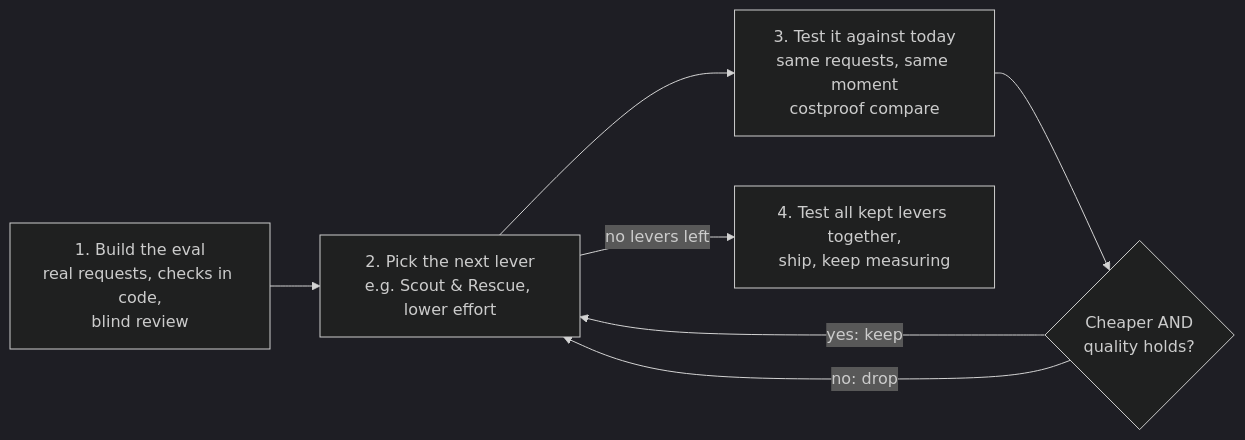
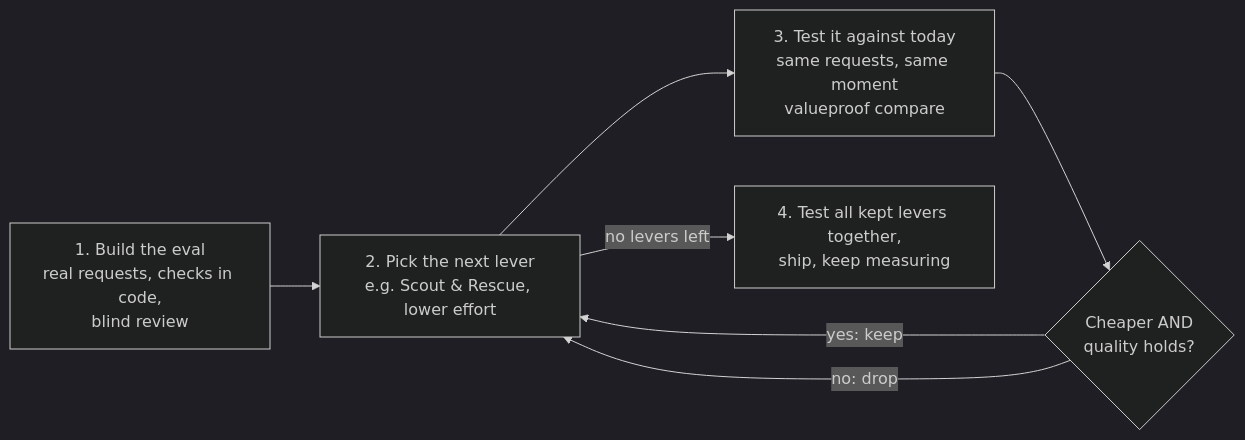
One commit to AndyJakob78/valueproof changed the second of 2 diagrams in README.md. Above: the diagram before and after it, drawn with Mermaid (dark theme). The commit also changed other lines of this file and 25 other files, not shown here.

Commit message:
Rename to valueproof instead of costproof (costproof is taken by another LLM cost tool)

````diff
--- a/README.md
+++ b/README.md
@@ -196,9 +196,9 @@
 ```mermaid
 flowchart LR
     E["1. Build the eval<br/>real requests, checks in code,<br/>blind review"] --> L["2. Pick the next lever<br/>e.g. Scout & Rescue, lower effort"]
-    L --> T["3. Test it against today<br/>same requests, same moment<br/>costproof compare"]
+    L --> T["3. Test it against today<br/>same requests, same moment<br/>valueproof compare"]
     T --> D{"Cheaper AND<br/>quality holds?"}
     D -- "yes: keep" --> L
     D -- "no: drop" --> L
     L -- "no levers left" --> S["4. Test all kept levers together,<br/>ship, keep measuring"]
 ```
````
